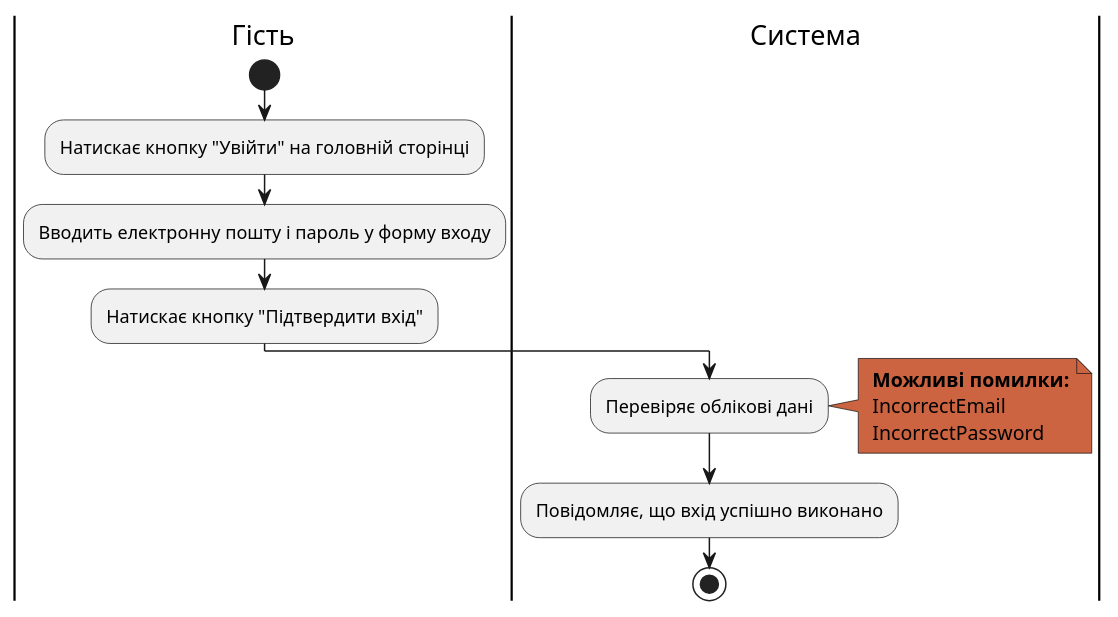
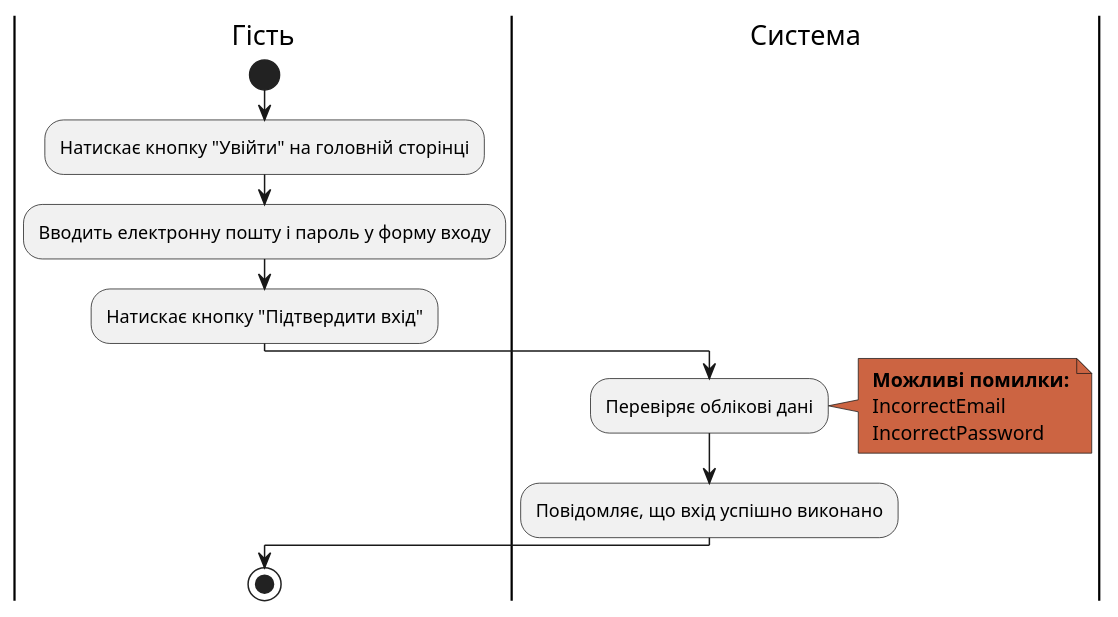
Before and after one commit to vegetable5/db-lab6: the fifth of 14 diagrams in docs/use_cases.md, drawn with PlantUML. The commit also changed other lines of this file, not shown here.

Commit message:
Corrected activity diagrams [use_cases.md]

````diff
--- a/docs/use_cases.md
+++ b/docs/use_cases.md
@@ -166,23 +166,23 @@
 ```plantuml
 @startuml
 |Гість|
 start;
 
 :Натискає кнопку "Увійти" на головній сторінці;
 :Вводить електронну пошту і пароль у форму входу;
 :Натискає кнопку "Підтвердити вхід";
 
 |Система|
 :Перевіряє облікові дані;
 
 note right #cc6442
 <b> Можливі помилки:
  IncorrectEmail
  IncorrectPassword
 end note
 
 :Повідомляє, що вхід успішно виконано;
-
+|Гість|
 stop;
 @enduml
 ```
````
